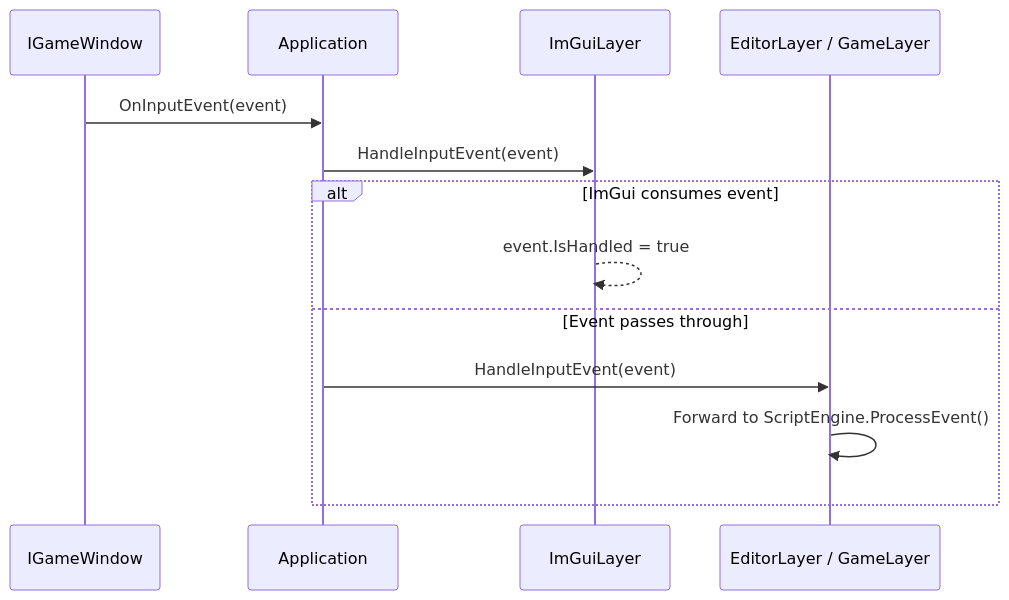
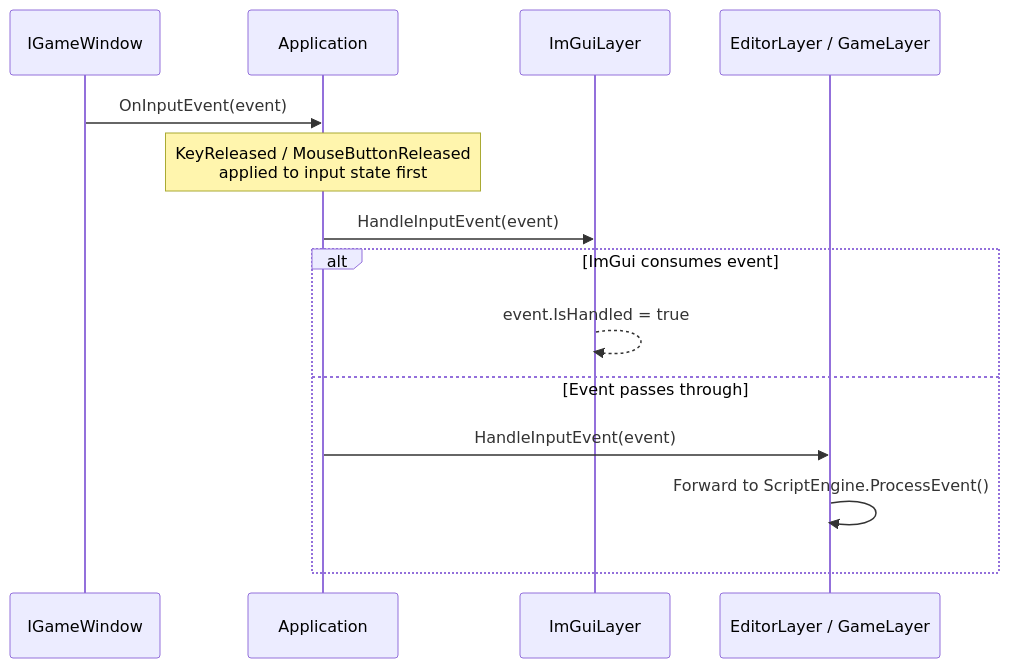
One commit to kateusz/GameEngine changed the sixth of 6 diagrams in docs/architecture/game-loop.md. Above: the diagram before and after it, drawn with Mermaid. The commit also changed other lines of this file and 31 other files, not shown here.

````diff
--- a/docs/architecture/game-loop.md
+++ b/docs/architecture/game-loop.md
@@ -242,16 +249,17 @@
 ```mermaid
 sequenceDiagram
     participant Platform as IGameWindow
     participant App as Application
     participant ImGui as ImGuiLayer
     participant Layer as EditorLayer / GameLayer
 
     Platform->>App: OnInputEvent(event)
+    Note over App: KeyReleased / MouseButtonReleased<br/>applied to input state first
     App->>ImGui: HandleInputEvent(event)
     alt ImGui consumes event
         ImGui-->>ImGui: event.IsHandled = true
     else Event passes through
         App->>Layer: HandleInputEvent(event)
         Layer->>Layer: Forward to ScriptEngine.ProcessEvent()
     end
 ```
````
